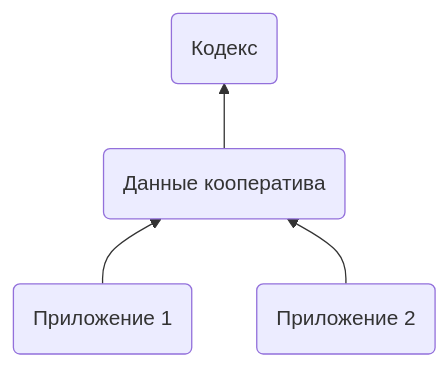
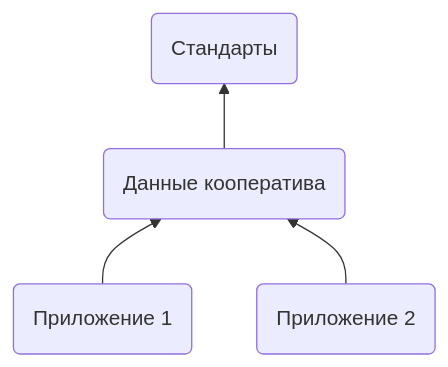
Before and after one commit to gradosphera/mono: the diagram in components/docs/docs/index.md, drawn with Mermaid. The commit also changed other lines of this file and 16 other files, not shown here.

````diff
--- a/components/docs/docs/index.md
+++ b/components/docs/docs/index.md
@@ -40,6 +40,6 @@
 ```mermaid
 graph BT
     Приложение1("Приложение 1") --> Данные_кооператива
     Приложение2("Приложение 2") --> Данные_кооператива
-    Данные_кооператива("Данные кооператива") --> Кодекс("Кодекс")
+    Данные_кооператива("Данные кооператива") --> Стандарты("Стандарты")
 ```
````
